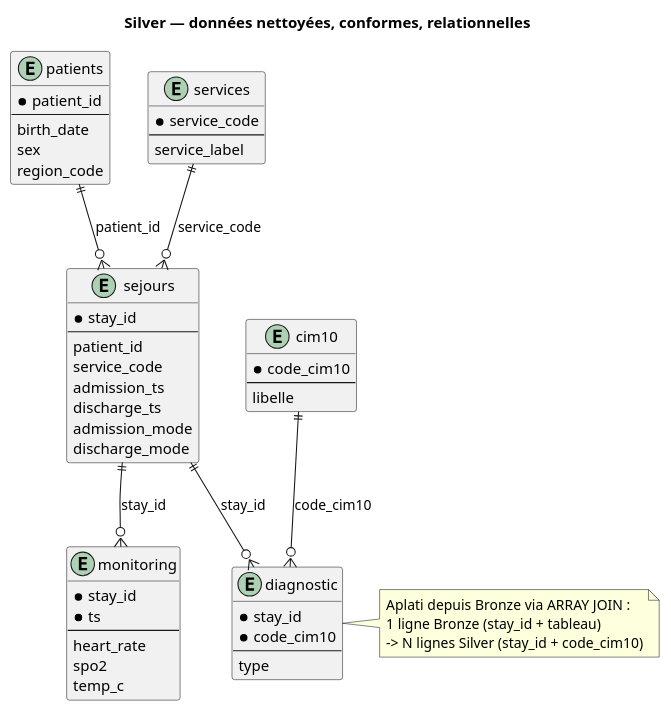
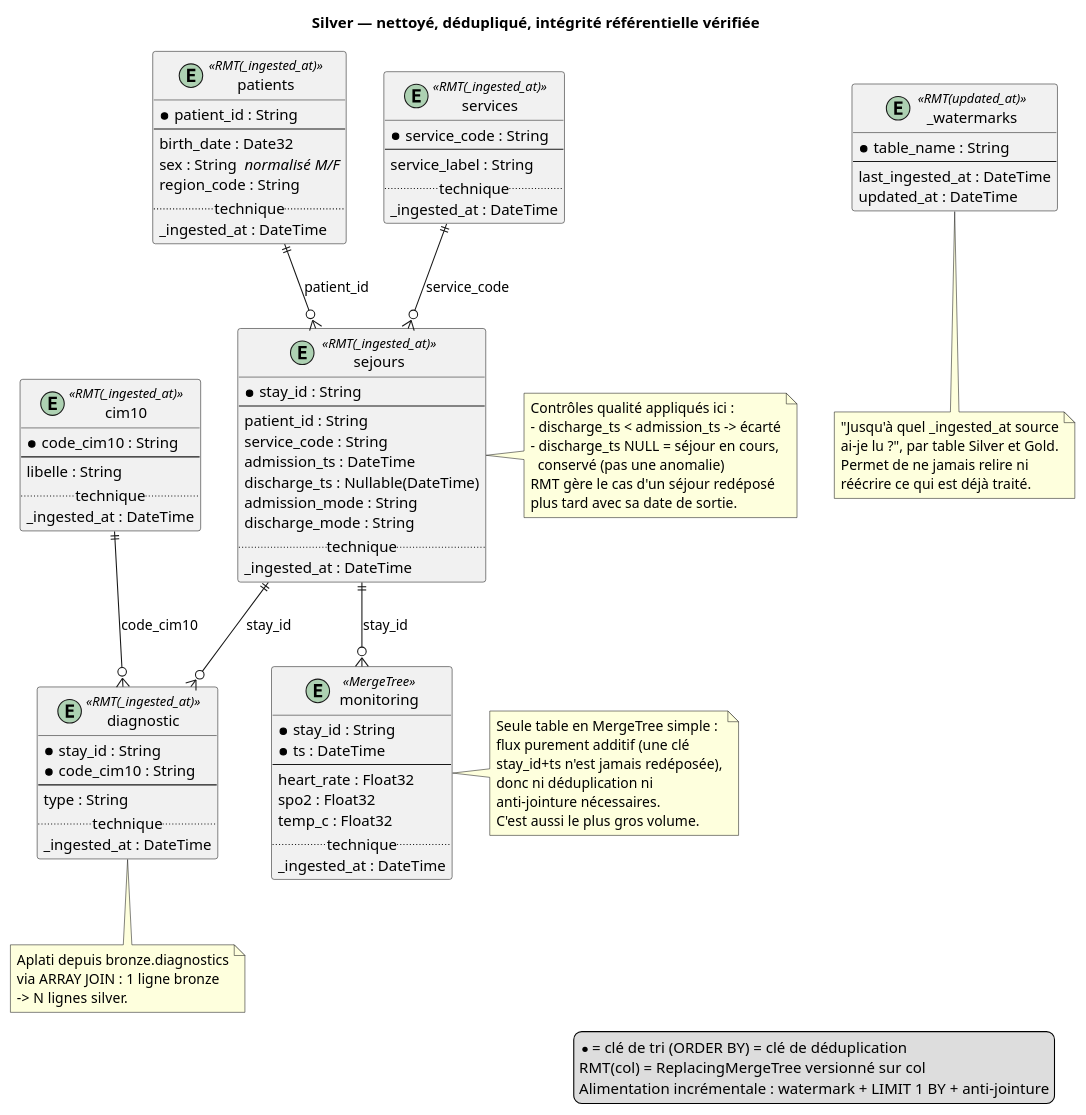
The diagram in diagrams/silver.puml (Shinobyy/M2-BigData), drawn with PlantUML before and after one commit. The commit also changed 52 other files, not shown here.

Commit message:
Add last ingested log to track data ingestion dates for various categories

```diff
--- a/diagrams/silver.puml
+++ b/diagrams/silver.puml
@@ -1,65 +1,115 @@
 @startuml silver
 
-title Silver — données nettoyées, conformes, relationnelles
+title Silver — nettoyé, dédupliqué, intégrité référentielle vérifiée
 
-entity patients {
-  * patient_id
+legend right
+  * = clé de tri (ORDER BY) = clé de déduplication
+  RMT(col) = ReplacingMergeTree versionné sur col
+  Alimentation incrémentale : watermark + LIMIT 1 BY + anti-jointure
+end legend
+
+entity patients <<RMT(_ingested_at)>> {
+  * patient_id : String
   --
-  birth_date
-  sex
-  region_code
+  birth_date : Date32
+  sex : String  <i>normalisé M/F</i>
+  region_code : String
+  .. technique ..
+  _ingested_at : DateTime
 }
 
-entity sejours {
-  * stay_id
+entity sejours <<RMT(_ingested_at)>> {
+  * stay_id : String
   --
-  patient_id
-  service_code
-  admission_ts
-  discharge_ts
-  admission_mode
-  discharge_mode
+  patient_id : String
+  service_code : String
+  admission_ts : DateTime
+  discharge_ts : Nullable(DateTime)
+  admission_mode : String
+  discharge_mode : String
+  .. technique ..
+  _ingested_at : DateTime
 }
 
-entity diagnostic {
-  * stay_id
-  * code_cim10
+entity diagnostic <<RMT(_ingested_at)>> {
+  * stay_id : String
+  * code_cim10 : String
   --
-  type
+  type : String
+  .. technique ..
+  _ingested_at : DateTime
 }
 
-entity monitoring {
-  * stay_id
-  * ts
+entity monitoring <<MergeTree>> {
+  * stay_id : String
+  * ts : DateTime
   --
-  heart_rate
-  spo2
-  temp_c
+  heart_rate : Float32
+  spo2 : Float32
+  temp_c : Float32
+  .. technique ..
+  _ingested_at : DateTime
 }
 
-entity services {
-  * service_code
+entity services <<RMT(_ingested_at)>> {
+  * service_code : String
   --
-  service_label
+  service_label : String
+  .. technique ..
+  _ingested_at : DateTime
 }
 
-entity cim10 {
-  * code_cim10
+entity cim10 <<RMT(_ingested_at)>> {
+  * code_cim10 : String
   --
-  libelle
+  libelle : String
+  .. technique ..
+  _ingested_at : DateTime
 }
 
-' Relations validées (intégrité référentielle vérifiée au chargement)
+entity _watermarks <<RMT(updated_at)>> {
+  * table_name : String
+  --
+  last_ingested_at : DateTime
+  updated_at : DateTime
+}
+
+' Intégrité référentielle vérifiée au chargement (lignes orphelines écartées)
 patients ||--o{ sejours : patient_id
 services ||--o{ sejours : service_code
 sejours ||--o{ diagnostic : stay_id
 sejours ||--o{ monitoring : stay_id
 cim10 ||--o{ diagnostic : code_cim10
 
-note right of diagnostic
-  Aplati depuis Bronze via ARRAY JOIN :
-  1 ligne Bronze (stay_id + tableau)
-  -> N lignes Silver (stay_id + code_cim10)
+note right of monitoring
+  Seule table en MergeTree simple :
+  flux purement additif (une clé
+  stay_id+ts n'est jamais redéposée),
+  donc ni déduplication ni
+  anti-jointure nécessaires.
+  C'est aussi le plus gros volume.
+end note
+
+note right of sejours
+  Contrôles qualité appliqués ici :
+  - discharge_ts < admission_ts -> écarté
+  - discharge_ts NULL = séjour en cours,
+    conservé (pas une anomalie)
+  RMT gère le cas d'un séjour redéposé
+  plus tard avec sa date de sortie.
+end note
+
+note bottom of diagnostic
+  Aplati depuis bronze.diagnostics
+  via ARRAY JOIN : 1 ligne bronze
+  -> N lignes silver.
+end note
+
+note bottom of _watermarks
+  "Jusqu'à quel _ingested_at source
+  ai-je lu ?", par table Silver et Gold.
+  Permet de ne jamais relire ni
+  réécrire ce qui est déjà traité.
 end note
 
 @enduml
```
